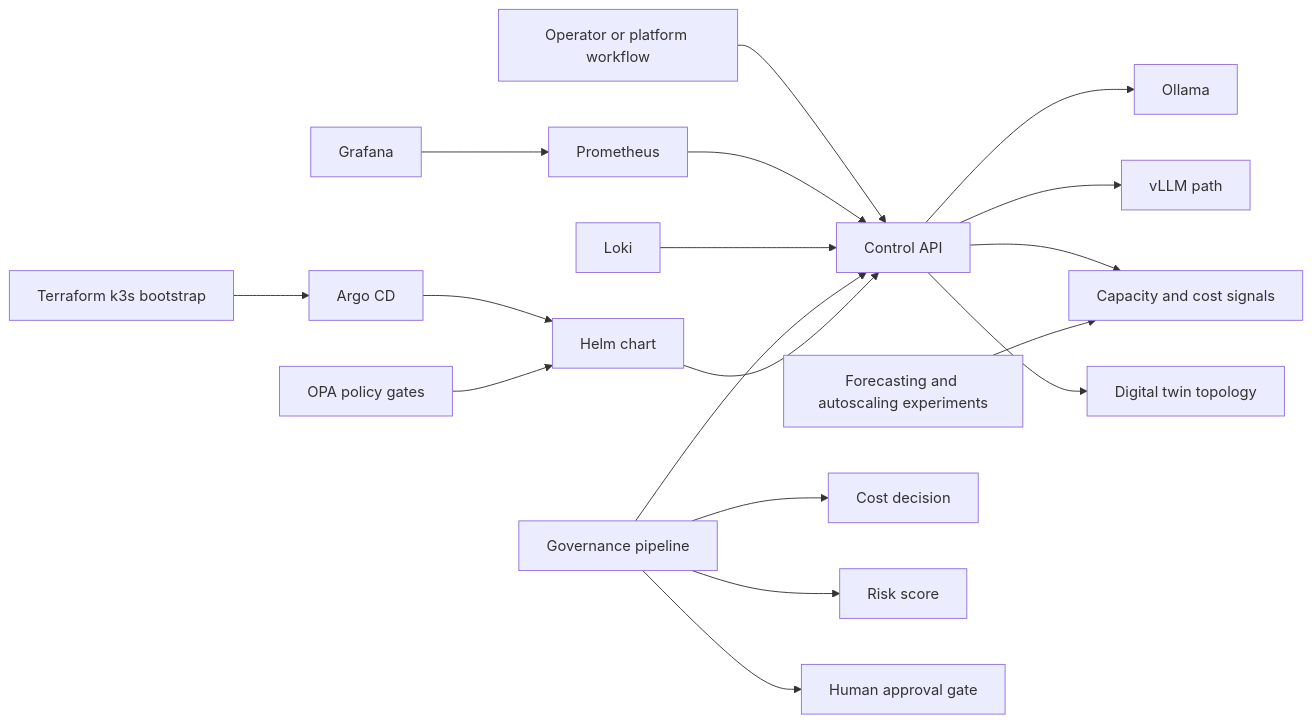
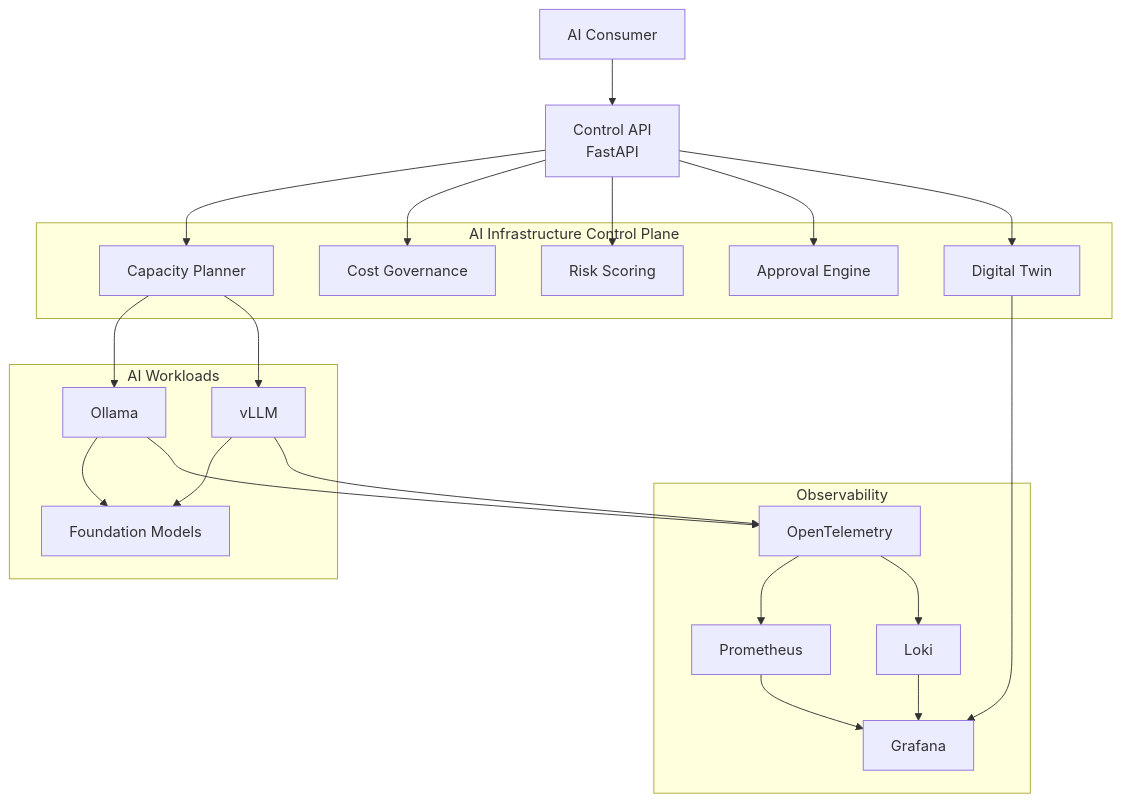
Before and after one commit to justrunme/ai-infra-control-plane: the first of 4 diagrams in docs/case-study.md, drawn with Mermaid. The commit also changed other lines of this file and 8 other files, not shown here.

Commit message:
docs: replace static diagrams with Mermaid flows

````diff
--- a/docs/case-study.md
+++ b/docs/case-study.md
@@ -21,23 +21,44 @@
 ```mermaid
-flowchart LR
-  Operator["Operator or platform workflow"] --> API["Control API"]
-  API --> Ollama["Ollama"]
-  API --> VLLM["vLLM path"]
-  API --> Capacity["Capacity and cost signals"]
-  API --> Topology["Digital twin topology"]
+flowchart TB
+    User["AI Consumer"]
+    API["Control API<br/>FastAPI"]
 
-  Prom["Prometheus"] --> API
-  Grafana["Grafana"] --> Prom
-  Loki["Loki"] --> API
+    subgraph ControlPlane["AI Infrastructure Control Plane"]
+        Capacity["Capacity Planner"]
+        Cost["Cost Governance"]
+        Risk["Risk Scoring"]
+        Approval["Approval Engine"]
+        Twin["Digital Twin"]
+    end
 
-  Forecast["Forecasting and autoscaling experiments"] --> Capacity
-  Governance["Governance pipeline"] --> API
-  Governance --> Cost["Cost decision"]
-  Governance --> Risk["Risk score"]
-  Governance --> Approval["Human approval gate"]
+    subgraph AI["AI Workloads"]
+        Ollama["Ollama"]
+        VLLM["vLLM"]
+        Models["Foundation Models"]
+    end
 
-  Argo["Argo CD"] --> Helm["Helm chart"]
-  Helm --> API
-  OPA["OPA policy gates"] --> Helm
-  Terraform["Terraform k3s bootstrap"] --> Argo
+    subgraph Observability["Observability"]
+        OTel["OpenTelemetry"]
+        Prom["Prometheus"]
+        Graf["Grafana"]
+        Loki["Loki"]
+    end
+
+    User --> API
+    API --> Capacity
+    API --> Cost
+    API --> Risk
+    API --> Approval
+    API --> Twin
+    Capacity --> Ollama
+    Capacity --> VLLM
+    Ollama --> Models
+    VLLM --> Models
+    Ollama --> OTel
+    VLLM --> OTel
+    OTel --> Prom
+    OTel --> Loki
+    Prom --> Graf
+    Loki --> Graf
+    Twin --> Graf
 ```
````
